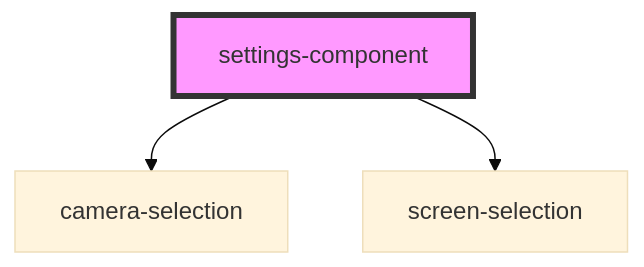
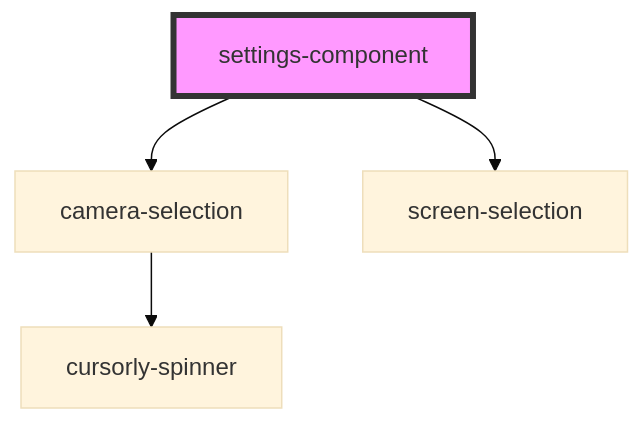
The diagram in packages/web-components/src/components/settings-component/readme.md (nemwiz/cursorly-web-components), drawn with Mermaid (base theme) before and after one commit. The commit also changed 4 other files, not shown here.

````diff
--- a/packages/web-components/src/components/settings-component/readme.md
+++ b/packages/web-components/src/components/settings-component/readme.md
@@ -31,6 +31,7 @@
 ```mermaid
 graph TD;
   settings-component --> camera-selection
   settings-component --> screen-selection
+  camera-selection --> cursorly-spinner
   style settings-component fill:#f9f,stroke:#333,stroke-width:4px
 ```
````
